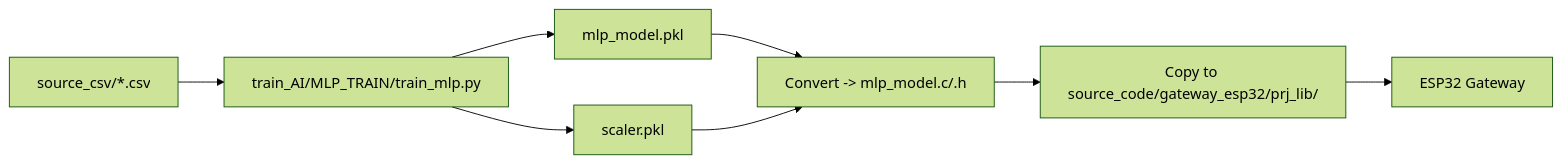
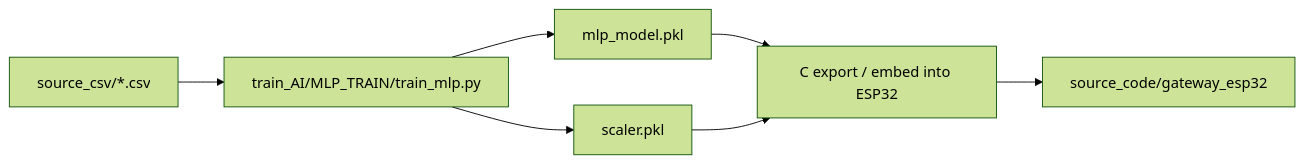
One commit to NguyenQuyenproIT/sensor_nw_final changed the second of 2 diagrams in README.md. Above: the diagram before and after it, drawn with Mermaid (forest theme). The commit also changed other lines of this file, not shown here.

````diff
--- a/README.md
+++ b/README.md
@@ -33,10 +32,9 @@
 ```mermaid
 flowchart LR
-    Data["source_csv/*.csv"] --> Train["train_AI/MLP_TRAIN/train_mlp.py"]
-    Train --> ModelPKL["mlp_model.pkl"]
-    Train --> ScalerPKL["scaler.pkl"]
-    ModelPKL --> Export["Convert -> mlp_model.c/.h"]
-    ScalerPKL --> Export
-    Export --> Deploy["Copy to source_code/gateway_esp32/prj_lib/"]
-    Deploy --> ESP["ESP32 Gateway"]
+    CSV["source_csv/*.csv"] --> TRAIN["train_AI/MLP_TRAIN/train_mlp.py"]
+    TRAIN --> PKL["mlp_model.pkl"]
+    TRAIN --> SCALER["scaler.pkl"]
+    PKL --> EXPORT["C export / embed into ESP32"]
+    SCALER --> EXPORT
+    EXPORT --> GATEWAY["source_code/gateway_esp32"]
 ```
````
